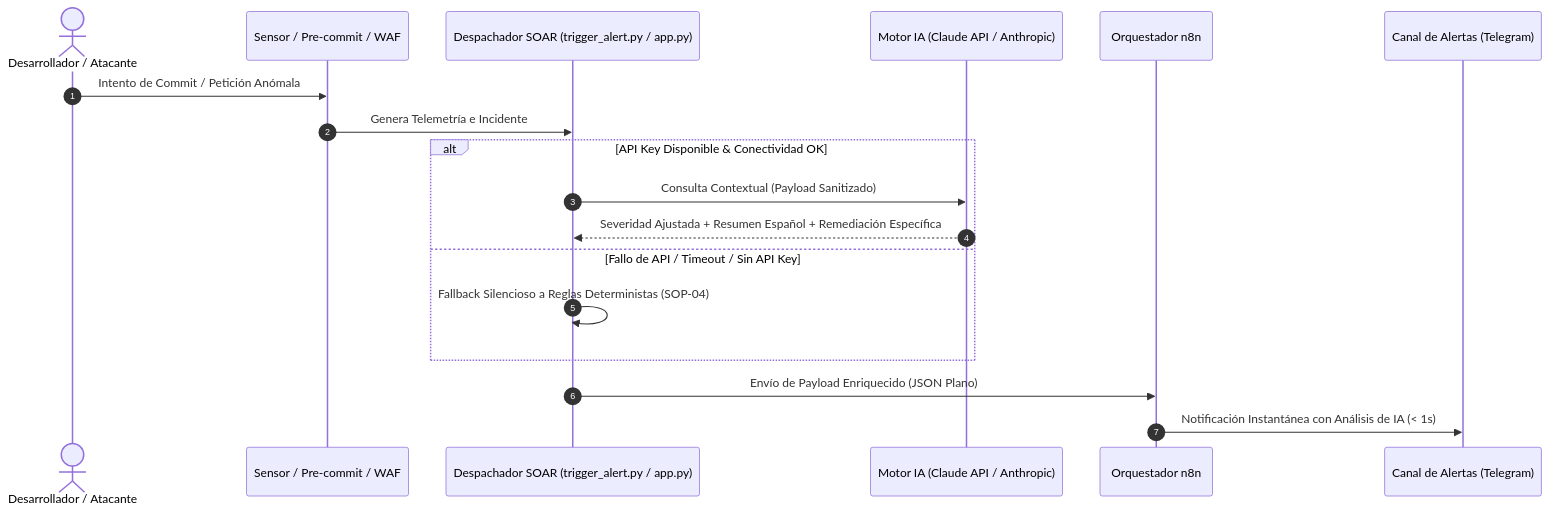
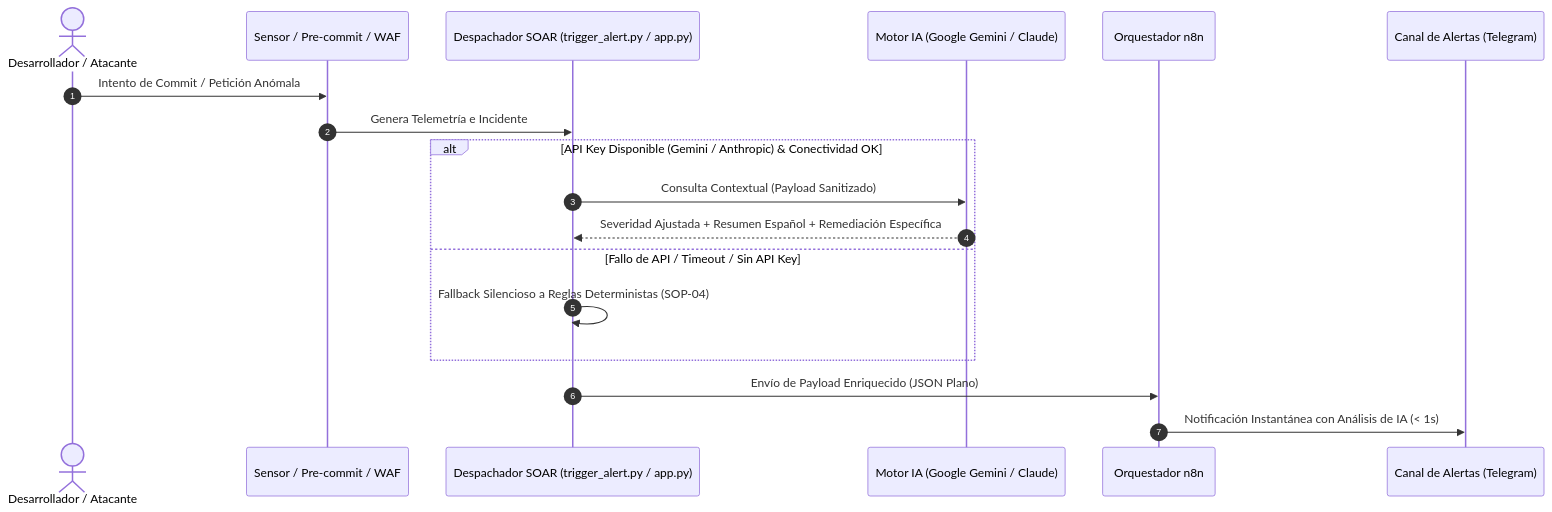
One commit to Kroosand/devsecops-alma-nist changed the diagram in 05-docs-senati/SOP-07_TRIAGE_IA.md. Above: the diagram before and after it, drawn with Mermaid. The commit also changed other lines of this file and 2 other files, not shown here.

Commit message:
feat(ai-triage): agregar soporte multi-proveedor para Google Gemini (gemini-2.5-flash) y Claude en SOP-07

````diff
--- a/05-docs-senati/SOP-07_TRIAGE_IA.md
+++ b/05-docs-senati/SOP-07_TRIAGE_IA.md
@@ -21,23 +21,23 @@
 ```mermaid
 sequenceDiagram
     autonumber
     actor Dev as Desarrollador / Atacante
     participant Hook as Sensor / Pre-commit / WAF
     participant SOAR as Despachador SOAR (trigger_alert.py / app.py)
-    participant AI as Motor IA (Claude API / Anthropic)
+    participant AI as Motor IA (Google Gemini / Claude)
     participant n8n as Orquestador n8n
     participant TG as Canal de Alertas (Telegram)
 
     Dev->>Hook: Intento de Commit / Petición Anómala
     Hook->>SOAR: Genera Telemetría e Incidente
     
-    alt API Key Disponible & Conectividad OK
+    alt API Key Disponible (Gemini / Anthropic) & Conectividad OK
         SOAR->>AI: Consulta Contextual (Payload Sanitizado)
         AI-->>SOAR: Severidad Ajustada + Resumen Español + Remediación Específica
     else Fallo de API / Timeout / Sin API Key
         SOAR->>SOAR: Fallback Silencioso a Reglas Deterministas (SOP-04)
     end
 
     SOAR->>n8n: Envío de Payload Enriquecido (JSON Plano)
     n8n->>TG: Notificación Instantánea con Análisis de IA (< 1s)
 ```
````
